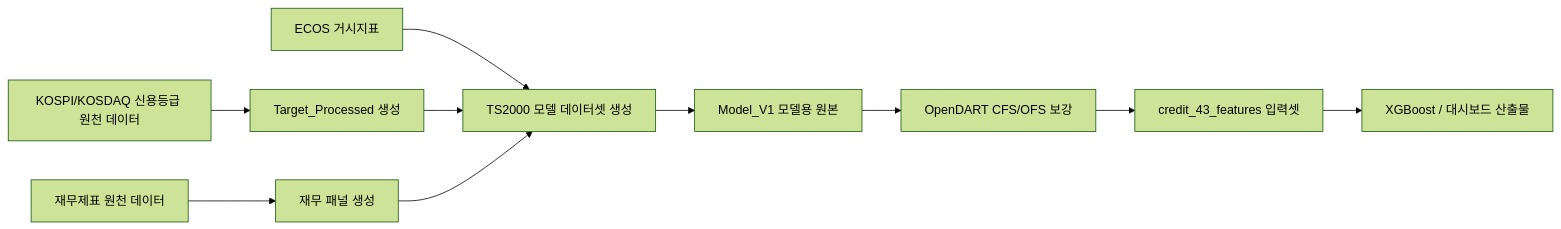
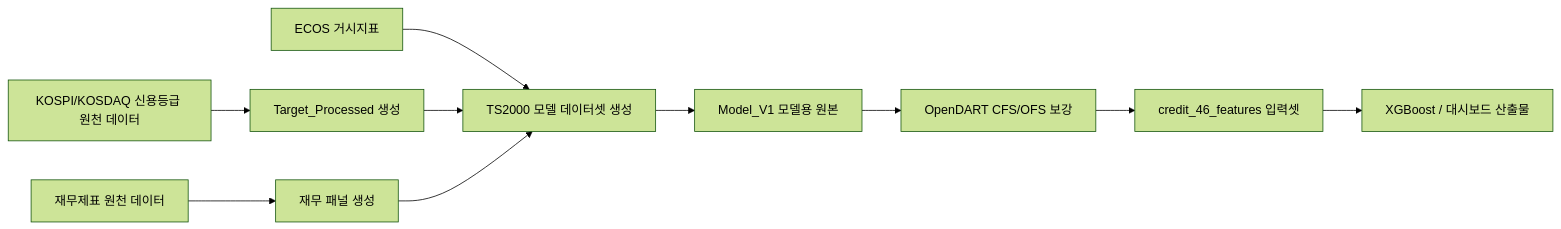
The diagram in docs/preprocessing_rules_ko.md (LADTO-develop/Corporate-Analysis-System), drawn with Mermaid (forest theme) before and after one commit. The commit also changed other lines of this file and 407 other files, not shown here.

````diff
--- a/docs/preprocessing_rules_ko.md
+++ b/docs/preprocessing_rules_ko.md
@@ -10,12 +10,12 @@
 ```mermaid
 flowchart LR
     A["KOSPI/KOSDAQ 신용등급 원천 데이터"] --> B["Target_Processed 생성"]
     C["재무제표 원천 데이터"] --> D["재무 패널 생성"]
     E["ECOS 거시지표"] --> F["TS2000 모델 데이터셋 생성"]
     B --> F
     D --> F
     F --> G["Model_V1 모델용 원본"]
     G --> G2["OpenDART CFS/OFS 보강"]
-    G2 --> H["credit_43_features 입력셋"]
+    G2 --> H["credit_46_features 입력셋"]
     H --> I["XGBoost / 대시보드 산출물"]
 ```
````
